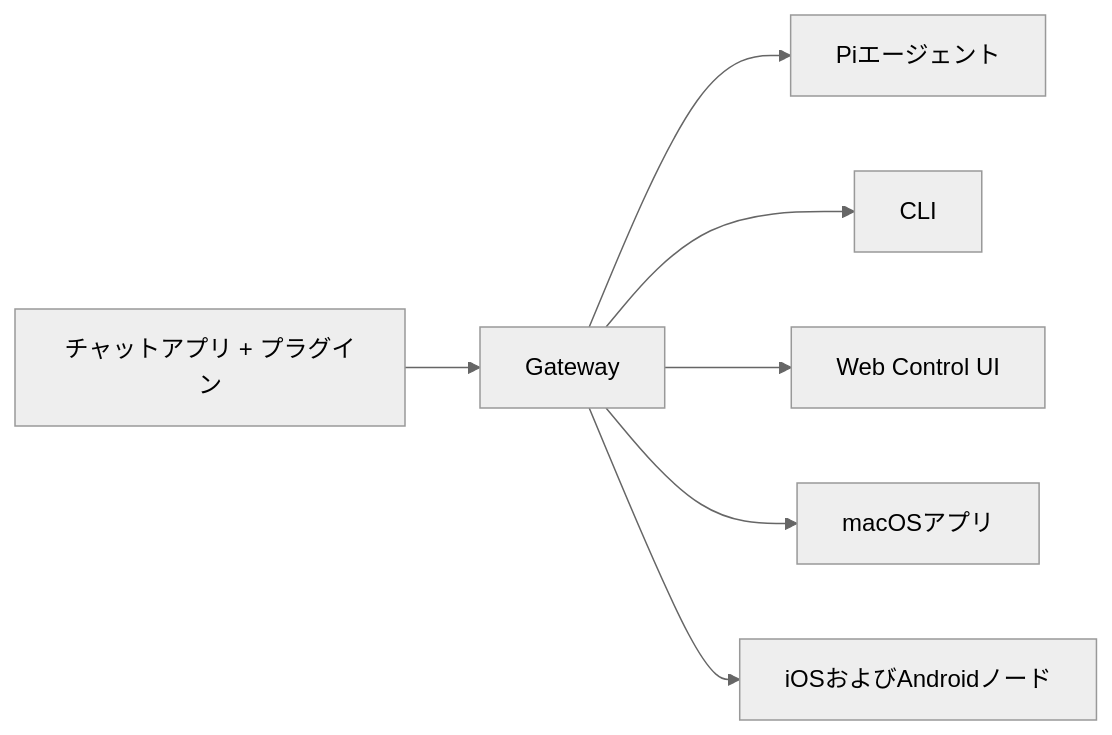
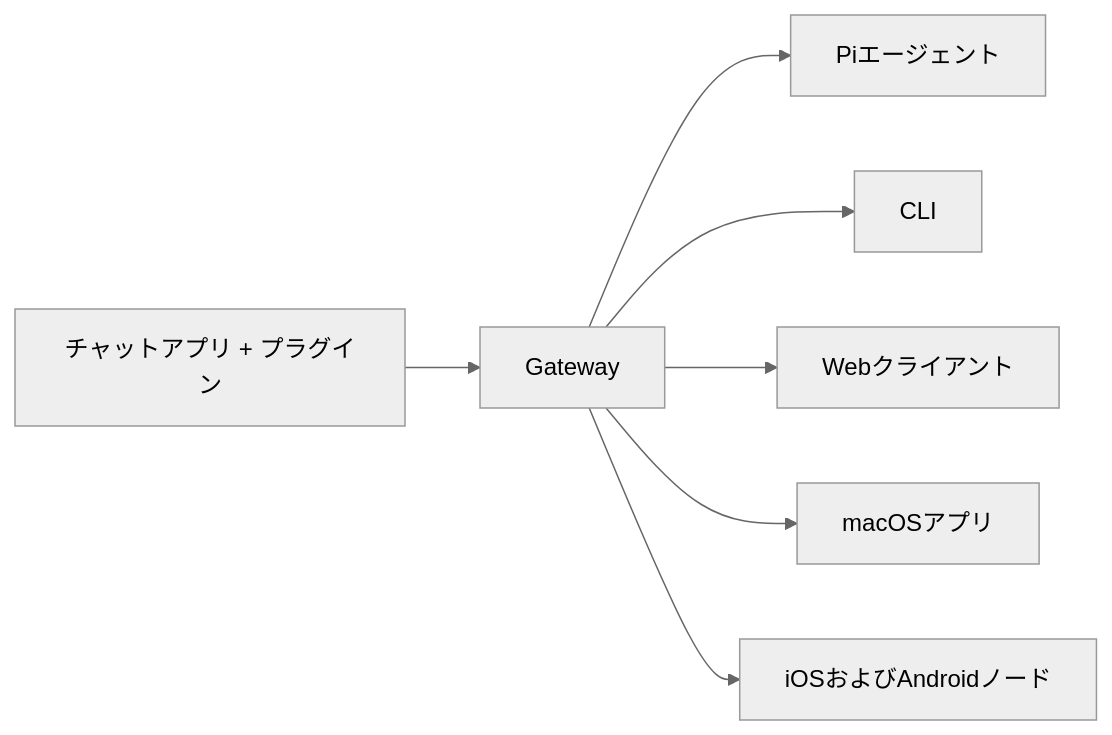
One commit to qianleigood/crawclaw changed the diagram in docs/ja-JP/index.md. Above: the diagram before and after it, drawn with Mermaid (neutral theme). The commit also changed other lines of this file and 433 other files, not shown here.

````diff
--- a/docs/ja-JP/index.md
+++ b/docs/ja-JP/index.md
@@ -55,9 +55,9 @@
 ```mermaid
 flowchart LR
   A["チャットアプリ + プラグイン"] --> B["Gateway"]
   B --> C["Piエージェント"]
   B --> D["CLI"]
-  B --> E["Web Control UI"]
+  B --> E["Webクライアント"]
   B --> F["macOSアプリ"]
   B --> G["iOSおよびAndroidノード"]
 ```
````
